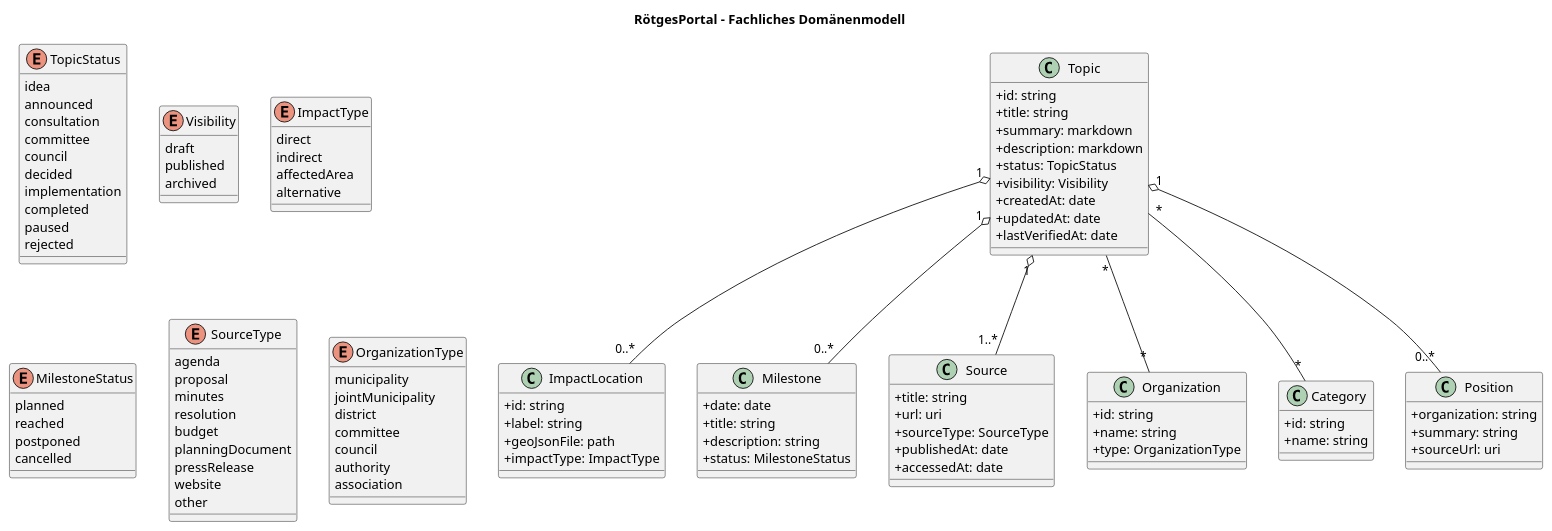
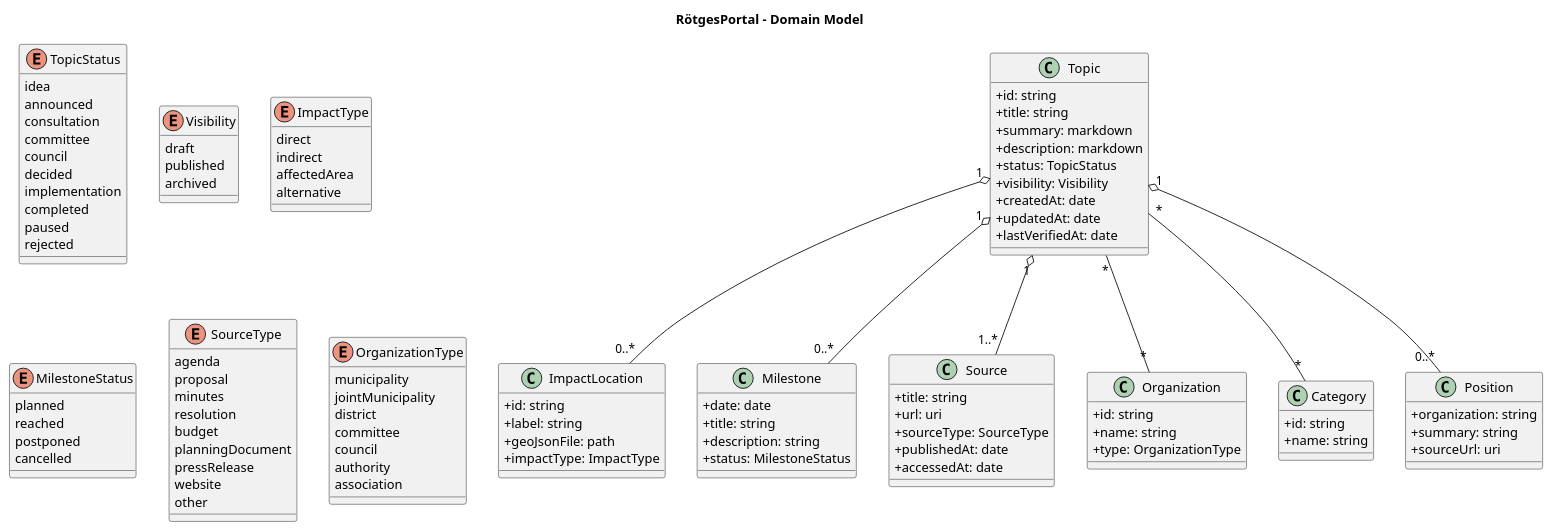
Before and after one commit to codeWithDEI/RoetgesPortal: the diagram in docs/architecture/domain-model.puml, drawn with PlantUML. The commit also changed 6 other files, not shown here.

```diff
--- a/docs/architecture/domain-model.puml
+++ b/docs/architecture/domain-model.puml
@@ -1,120 +1,120 @@
 @startuml
-title RötgesPortal – Fachliches Domänenmodell
+title RötgesPortal – Domain Model
 
 skinparam classAttributeIconSize 0
 skinparam shadowing false
 
 class Topic {
   +id: string
   +title: string
   +summary: markdown
   +description: markdown
   +status: TopicStatus
   +visibility: Visibility
   +createdAt: date
   +updatedAt: date
   +lastVerifiedAt: date
 }
 
 enum TopicStatus {
   idea
   announced
   consultation
   committee
   council
   decided
   implementation
   completed
   paused
   rejected
 }
 
 enum Visibility {
   draft
   published
   archived
 }
 
 class ImpactLocation {
   +id: string
   +label: string
   +geoJsonFile: path
   +impactType: ImpactType
 }
 
 enum ImpactType {
   direct
   indirect
   affectedArea
   alternative
 }
 
 class Milestone {
   +date: date
   +title: string
   +description: string
   +status: MilestoneStatus
 }
 
 enum MilestoneStatus {
   planned
   reached
   postponed
   cancelled
 }
 
 class Source {
   +title: string
   +url: uri
   +sourceType: SourceType
   +publishedAt: date
   +accessedAt: date
 }
 
 enum SourceType {
   agenda
   proposal
   minutes
   resolution
   budget
   planningDocument
   pressRelease
   website
   other
 }
 
 class Organization {
   +id: string
   +name: string
   +type: OrganizationType
 }
 
 enum OrganizationType {
   municipality
   jointMunicipality
   district
   committee
   council
   authority
   association
 }
 
 class Category {
   +id: string
   +name: string
 }
 
 class Position {
   +organization: string
   +summary: string
   +sourceUrl: uri
 }
 
 Topic "1" o-- "0..*" ImpactLocation
 Topic "1" o-- "0..*" Milestone
 Topic "1" o-- "1..*" Source
 Topic "*" -- "*" Organization
 Topic "*" -- "*" Category
 Topic "1" o-- "0..*" Position
 
 @enduml
```
